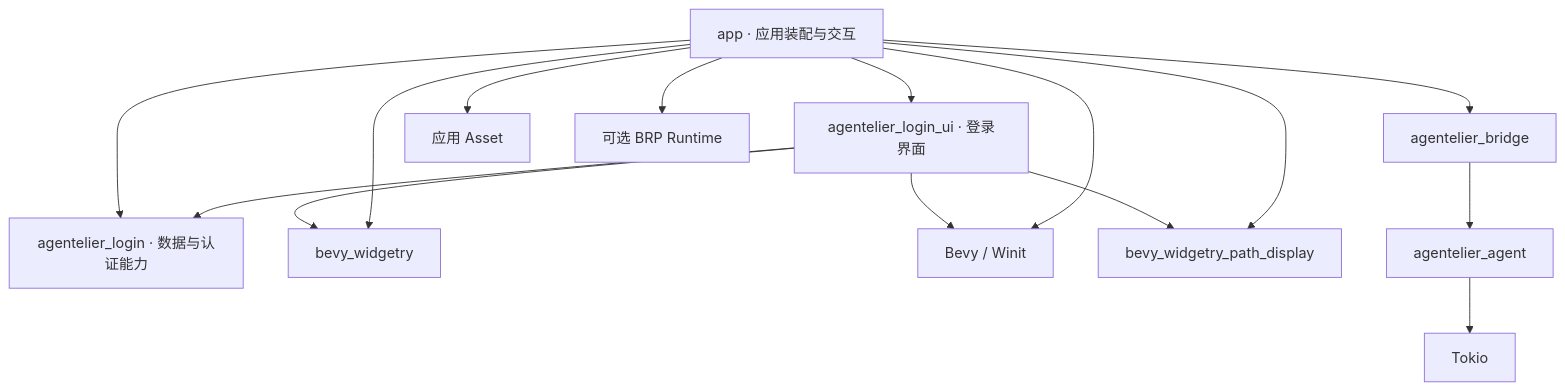
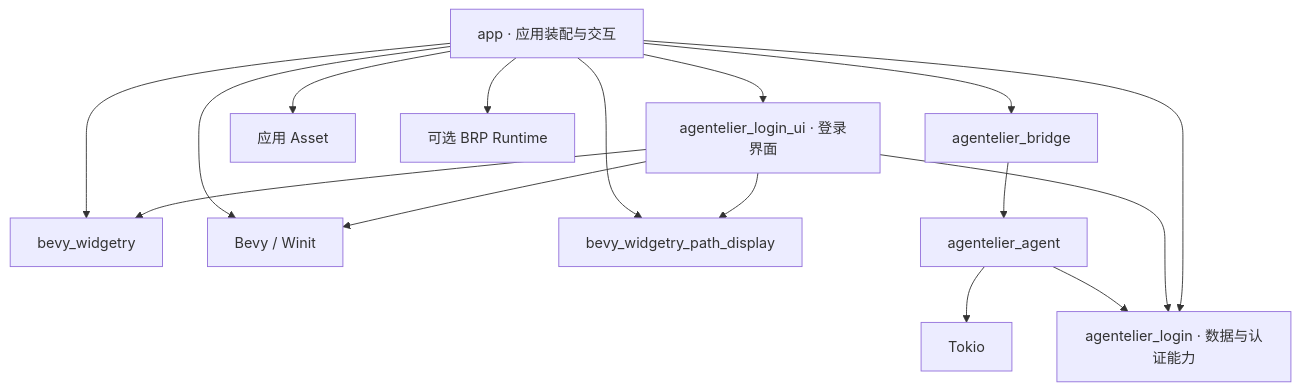
The second of 4 diagrams in docs/design/architecture.md (slc90/Agentelier), drawn with Mermaid before and after one commit. The commit also changed other lines of this file and 29 other files, not shown here.

````diff
--- a/docs/design/architecture.md
+++ b/docs/design/architecture.md
@@ -68,17 +68,18 @@
 ```mermaid
 flowchart TD
     App["app · 应用装配与交互"] --> Bridge["agentelier_bridge"]
     App --> LoginUI["agentelier_login_ui · 登录界面"]
     App --> Login["agentelier_login · 数据与认证能力"]
     LoginUI --> Login
     LoginUI --> Widgetry
     LoginUI --> Bevy
     LoginUI --> PathDisplay["bevy_widgetry_path_display"]
     App --> PathDisplay
     Bridge --> Agent["agentelier_agent"]
     Agent --> Tokio["Tokio"]
+    Agent --> Login
     App --> Widgetry["bevy_widgetry"]
     App --> Assets["应用 Asset"]
     App --> BRP["可选 BRP Runtime"]
     App --> Bevy["Bevy / Winit"]
 ```
````
